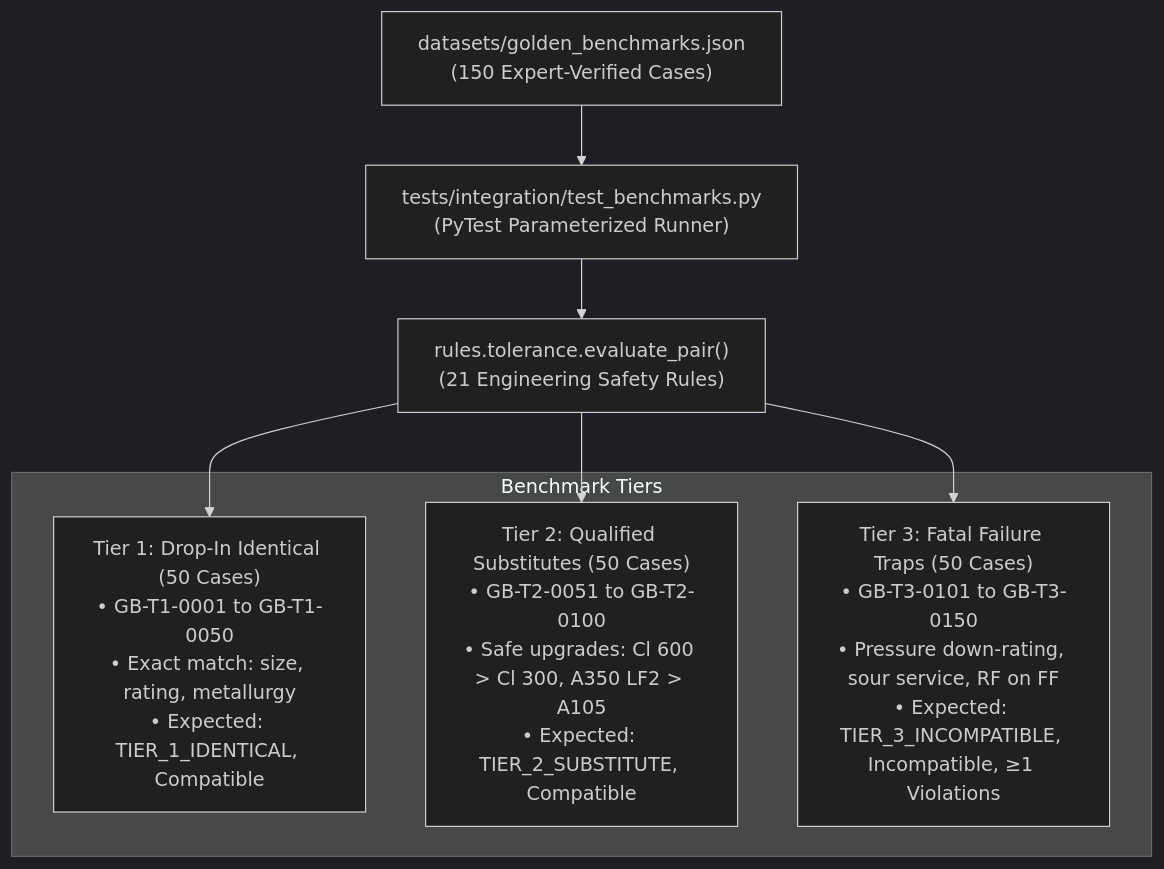
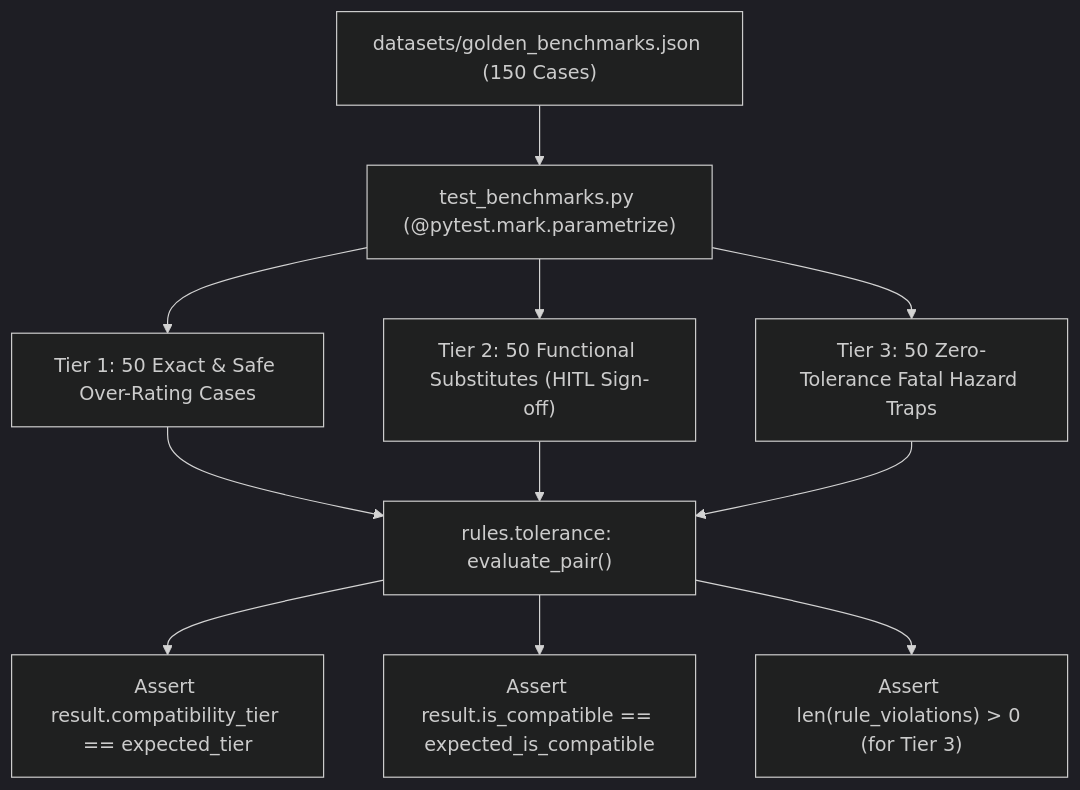
Before and after one commit to Gesicht436/Samanvay-AI: the diagram in tests/integration/README.md, drawn with Mermaid (dark theme). The commit also changed other lines of this file and 8 other files, not shown here.

Commit message:
test: complete 393-test verification suite across unit, integration, ML, and API layers

````diff
--- a/tests/integration/README.md
+++ b/tests/integration/README.md
@@ -16,19 +9,16 @@
 ```mermaid
 flowchart TD
-    JSON["datasets/golden_benchmarks.json<br/>(150 Expert-Verified Cases)"]
-    RUNNER["tests/integration/test_benchmarks.py<br/>(PyTest Parameterized Runner)"]
-    CORE["rules.tolerance.evaluate_pair()<br/>(21 Engineering Safety Rules)"]
+    GB["datasets/golden_benchmarks.json (150 Cases)"] --> Runner["test_benchmarks.py (@pytest.mark.parametrize)"]
 
-    JSON --> RUNNER
-    RUNNER --> CORE
+    Runner --> Case1["Tier 1: 50 Exact & Safe Over-Rating Cases"]
+    Runner --> Case2["Tier 2: 50 Functional Substitutes (HITL Sign-off)"]
+    Runner --> Case3["Tier 3: 50 Zero-Tolerance Fatal Hazard Traps"]
 
-    subgraph Benchmark Tiers
-        T1["Tier 1: Drop-In Identical (50 Cases)<br/>• GB-T1-0001 to GB-T1-0050<br/>• Exact match: size, rating, metallurgy<br/>• Expected: TIER_1_IDENTICAL, Compatible"]
-        T2["Tier 2: Qualified Substitutes (50 Cases)<br/>• GB-T2-0051 to GB-T2-0100<br/>• Safe upgrades: Cl 600 > Cl 300, A350 LF2 > A105<br/>• Expected: TIER_2_SUBSTITUTE, Compatible"]
-        T3["Tier 3: Fatal Failure Traps (50 Cases)<br/>• GB-T3-0101 to GB-T3-0150<br/>• Pressure down-rating, sour service, RF on FF<br/>• Expected: TIER_3_INCOMPATIBLE, Incompatible, ≥1 Violations"]
-    end
+    Case1 --> Engine["rules.tolerance: evaluate_pair()"]
+    Case2 --> Engine
+    Case3 --> Engine
 
-    CORE --> T1
-    CORE --> T2
-    CORE --> T3
+    Engine --> AssertTier["Assert result.compatibility_tier == expected_tier"]
+    Engine --> AssertCompat["Assert result.is_compatible == expected_is_compatible"]
+    Engine --> AssertViolations["Assert len(rule_violations) > 0 (for Tier 3)"]
 ```
````
